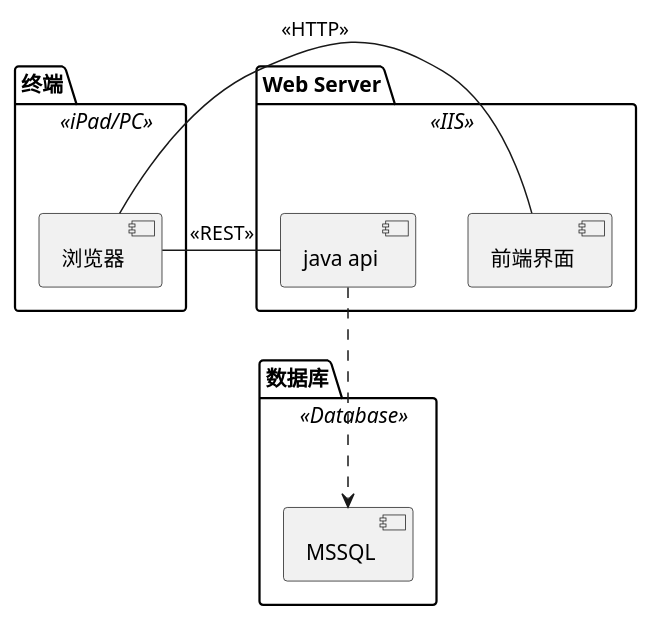
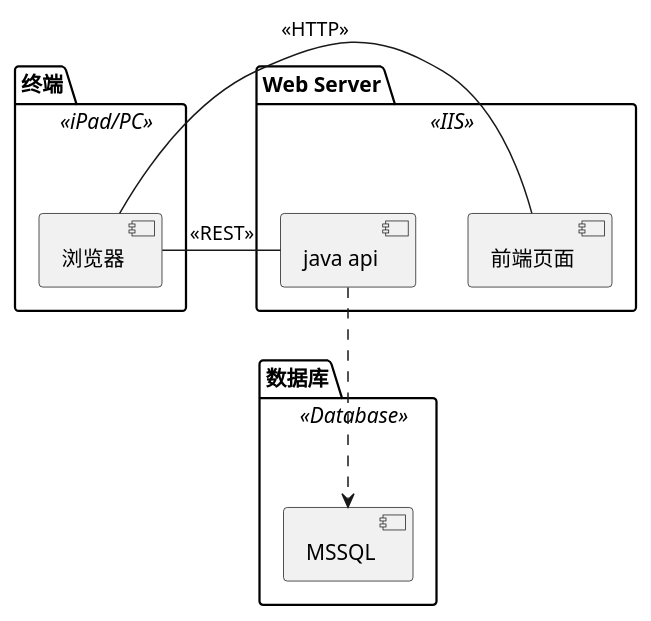
The diagram in docs/component.plantuml (selenp/IAA), drawn with PlantUML before and after one commit. The commit also changed 46 other files, not shown here.

```diff
--- a/docs/component.plantuml
+++ b/docs/component.plantuml
@@ -1,12 +1,12 @@
 package "终端" <<iPad/PC>> {
     [浏览器]
 }
 
 package "Web Server" <<IIS>> {
-    [浏览器] - [前端界面] : <<HTTP>>
+    [浏览器] - [前端页面] : <<HTTP>>
     [浏览器] - [java api] : <<REST>>
 }
 
 package "数据库" <<Database>> {
     [java api] ..> [MSSQL]
 }
```
